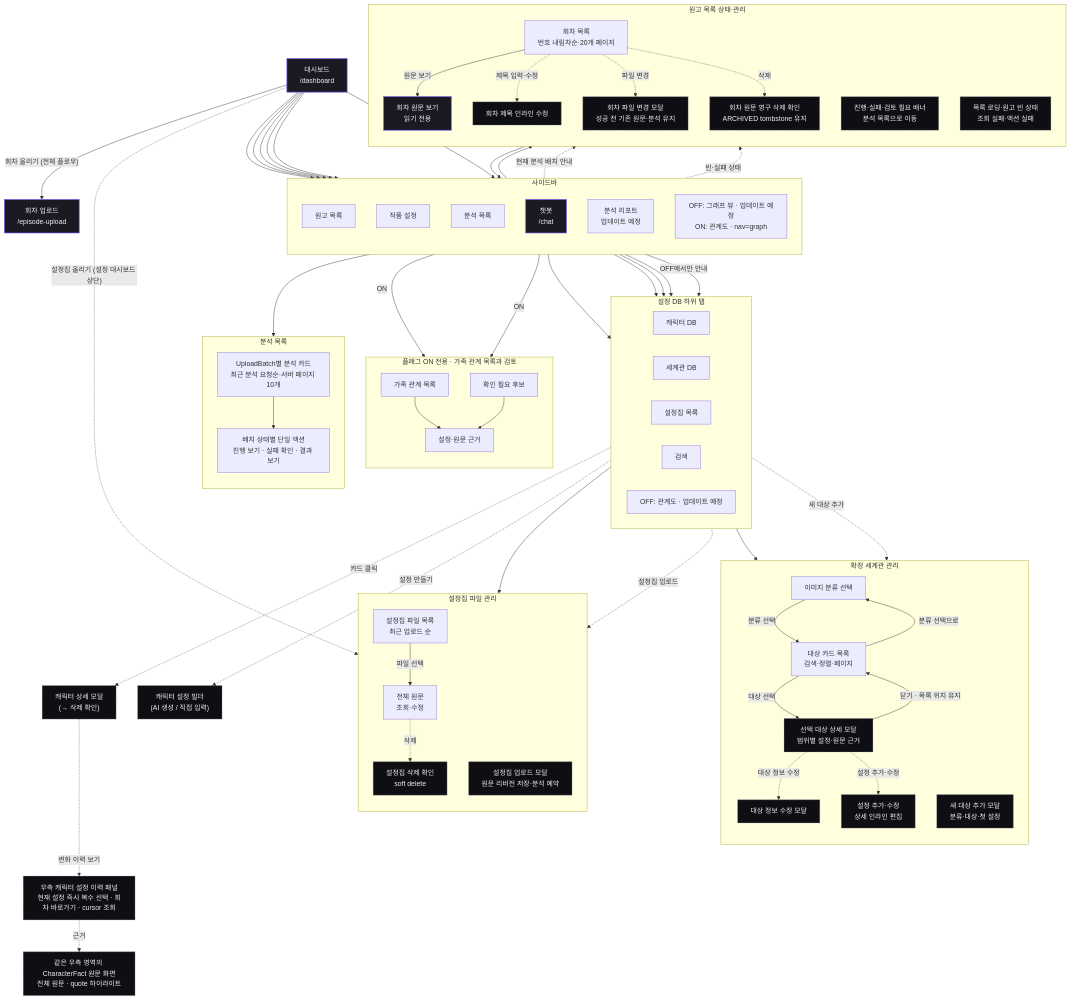
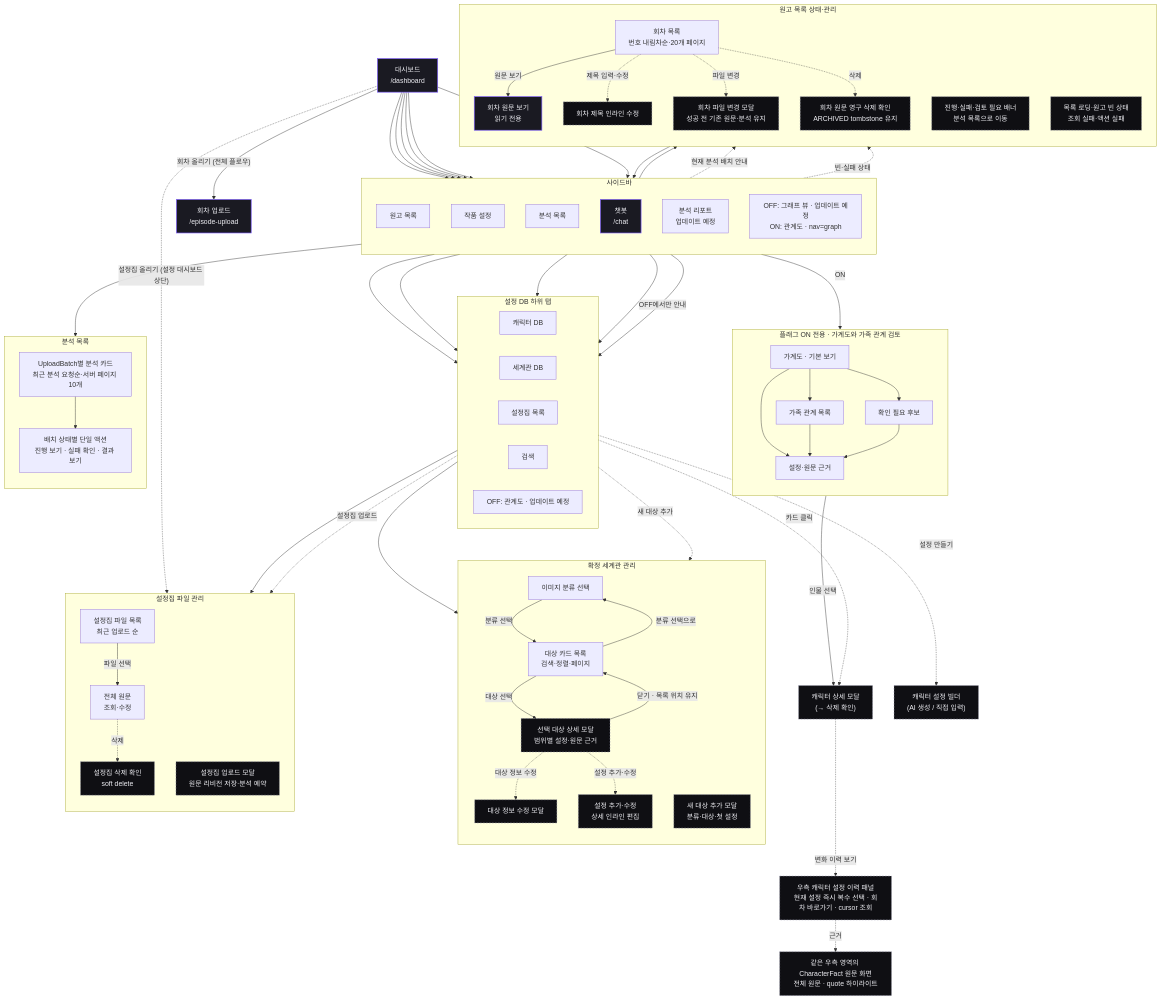
Before and after one commit to catchhole-soma/catchhole-front: the seventh of 13 diagrams in docs/screen-flow.md, drawn with Mermaid. The commit also changed other lines of this file and 81 other files, not shown here.

Commit message:
feat(family-tree): 가계도와 가족 관계 검토 흐름을 구현한다

```diff
--- a/docs/screen-flow.md
+++ b/docs/screen-flow.md
@@ -392,13 +392,16 @@
   nav_settingDB --> t_char & t_worlddb & t_world & t_search
   nav_settingDB -->|OFF에서만 안내| t_relations
 
-  subgraph RELATIONSHIPS["플래그 ON 전용 · 가족 관계 목록과 검토"]
+  subgraph RELATIONSHIPS["플래그 ON 전용 · 가계도와 가족 관계 검토"]
     direction TB
+    relation_tree["가계도 · 기본 보기"]
     relation_list["가족 관계 목록"]
     relation_review["확인 필요 후보"]
     relation_evidence["설정·원문 근거"]
   end
-  nav_graph -->|ON| relation_list & relation_review
+  nav_graph -->|ON| relation_tree
+  relation_tree --> relation_list & relation_review & relation_evidence
+  relation_tree -->|인물 선택| m_chardetail
   relation_list --> relation_evidence
   relation_review --> relation_evidence
 
```
